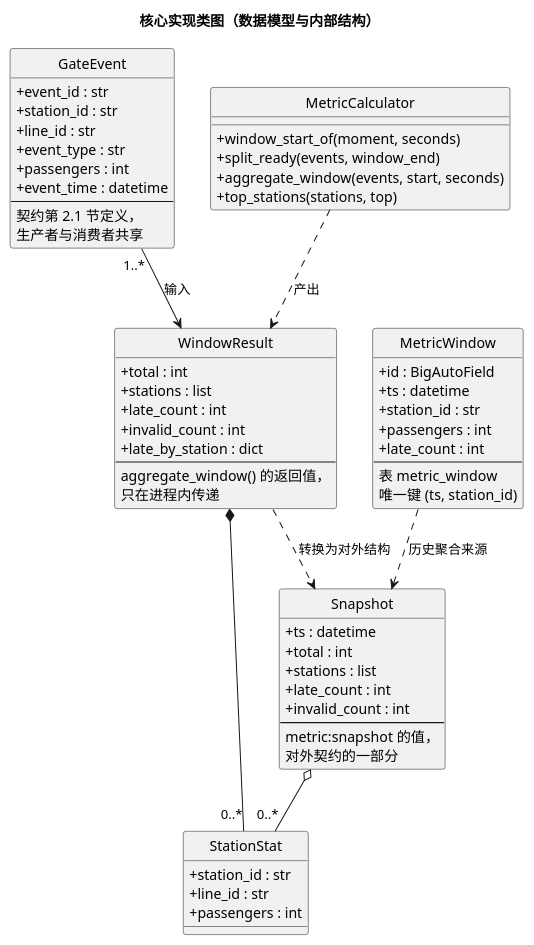
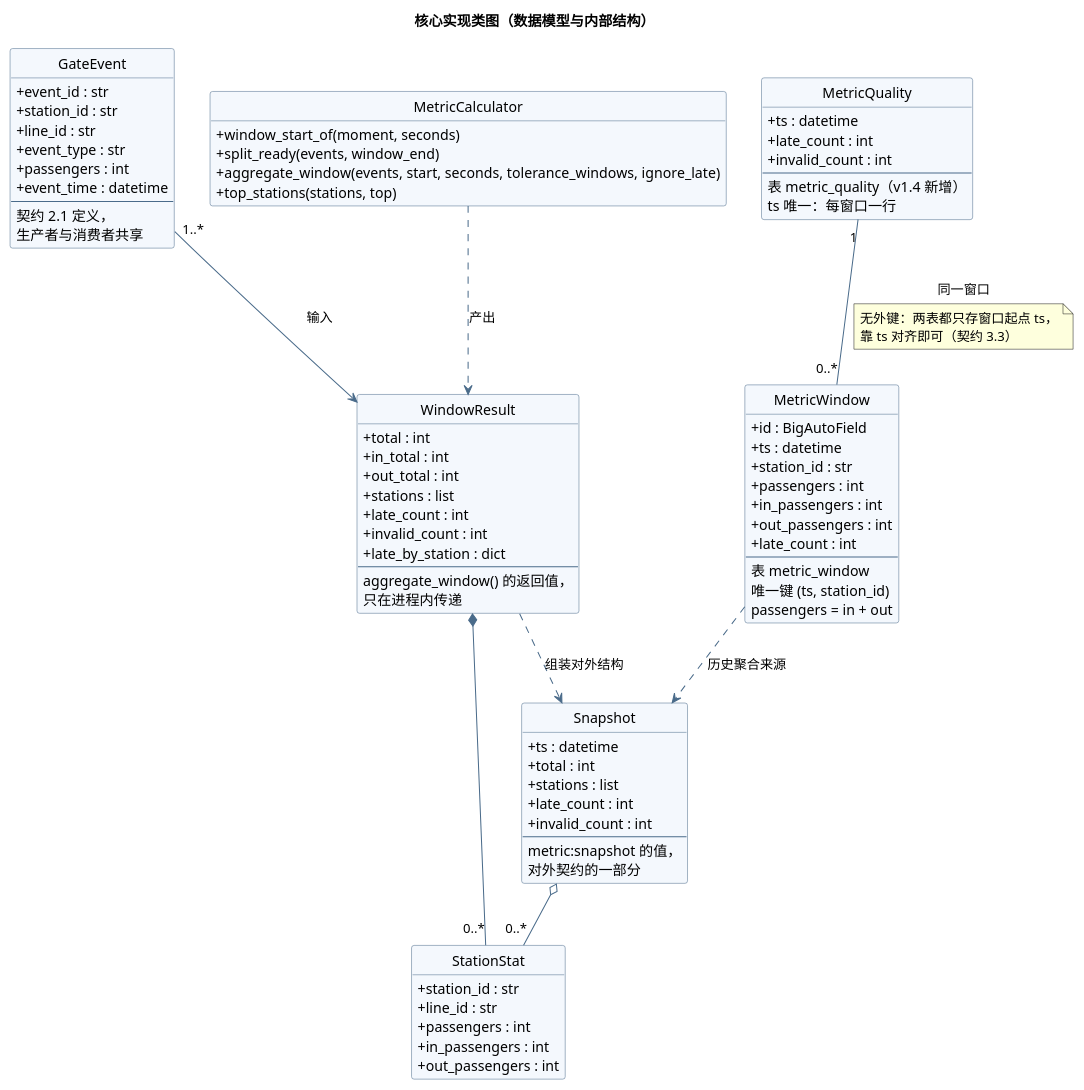
The diagram in docs/03-建模/10-类图.puml (Xuzhaopu04/metro-flow-dashboard), drawn with PlantUML before and after one commit. The commit also changed 7 other files, not shown here.

Commit message:
docs(建模): 更新类图并补包图、活动图

```diff
--- a/docs/03-建模/10-类图.puml
+++ b/docs/03-建模/10-类图.puml
@@ -1,76 +1,122 @@
 @startuml 10-类图
 ' =====================================================================
-' 产物：核心实现类图（数据模型 + 内部结构），对应报告第二章"数据建模"
-' 说明：本图出现数据库字段类型（BigAutoField）、表名、唯一键、函数返回值，
-'       属详细设计阶段的实现类图，不在《需求工程建模规范》的域模型范围内。
+' 产物：核心实现类图（数据模型 + 内部结构），对应报告第二章 2.2.1「用例实现」的
+'       表2-1 设计类清单与 3.1／3.2 数据库设计
+' 说明：本图出现数据库字段类型（BigAutoField）、表名、唯一键、函数返回值，属详细设计
+'       阶段的实现类图，不在《需求工程建模规范》的域模型范围内（§1 明确排除）。
 '       概念层（业务词汇与职责）看 14-域模型.puml，两者不要混用。
+'
+' 版本：v2（2026-11-24 按契约 v1.3／v1.4 同步）
+'   v1 的问题：MetricWindow 只有 ts / station_id / passengers / late_count 四列，
+'   缺 v1.3 新增的 in_passengers、out_passengers；v1.4 新增的 metric_quality 表
+'   没有对应类；WindowResult、StationStat 同样缺方向字段。若拿 v1 填表2-1、
+'   或与 3.2 的表2-3 字段清单对照，会当场自相矛盾。
+'   v2 改动：
+'     1. MetricWindow 补 in_passengers、out_passengers，并注明 passengers = in + out；
+'     2. 新增 MetricQuality（表 metric_quality，ts 唯一，每窗口一行）；
+'     3. WindowResult 补 in_total、out_total（aggregate_window 实际返回 7 个键）；
+'     4. StationStat 补 in_passengers、out_passengers（快照里每站带方向量）；
+'     5. MetricCalculator.aggregate_window 补两个形参 tolerance_windows、ignore_late。
+'
+' 字段口径一律以 docs/02-设计/接口契约.md 3.2、3.3 为准；改这张图先改契约。
+' 本图不画接口方法的入参校验（契约 4.2 的 400 分支），那属服务层行为，不是数据模型。
 ' =====================================================================
 title 核心实现类图（数据模型与内部结构）
+skinparam shadowing false
+skinparam defaultFontName "Microsoft YaHei"
 skinparam classAttributeIconSize 0
+skinparam ArrowColor #4A6B8A
+skinparam class {
+  BackgroundColor #F4F8FD
+  BorderColor #4A6B8A
+  ArrowColor #4A6B8A
+}
 hide circle
+hide empty members
 
 class GateEvent {
   + event_id : str
   + station_id : str
   + line_id : str
   + event_type : str
   + passengers : int
   + event_time : datetime
   --
-  契约第 2.1 节定义，
+  契约 2.1 定义，
   生产者与消费者共享
 }
 
 class WindowResult {
   + total : int
+  + in_total : int
+  + out_total : int
   + stations : list
   + late_count : int
   + invalid_count : int
   + late_by_station : dict
   --
   aggregate_window() 的返回值，
   只在进程内传递
 }
 
 class StationStat {
   + station_id : str
   + line_id : str
   + passengers : int
+  + in_passengers : int
+  + out_passengers : int
 }
 
 class MetricWindow {
   + id : BigAutoField
   + ts : datetime
   + station_id : str
   + passengers : int
+  + in_passengers : int
+  + out_passengers : int
   + late_count : int
   --
   表 metric_window
   唯一键 (ts, station_id)
+  passengers = in + out
+}
+
+class MetricQuality {
+  + ts : datetime
+  + late_count : int
+  + invalid_count : int
+  --
+  表 metric_quality（v1.4 新增）
+  ts 唯一：每窗口一行
 }
 
 class Snapshot {
   + ts : datetime
   + total : int
   + stations : list
   + late_count : int
   + invalid_count : int
   --
   metric:snapshot 的值，
   对外契约的一部分
 }
 
 class MetricCalculator {
   + window_start_of(moment, seconds)
   + split_ready(events, window_end)
-  + aggregate_window(events, start, seconds)
+  + aggregate_window(events, start, seconds, tolerance_windows, ignore_late)
   + top_stations(stations, top)
 }
 
 GateEvent "1..*" --> WindowResult : 输入
 WindowResult *-- "0..*" StationStat
-WindowResult ..> Snapshot : 转换为对外结构
+WindowResult ..> Snapshot : 组装对外结构
 Snapshot o-- "0..*" StationStat
 MetricWindow ..> Snapshot : 历史聚合来源
 MetricCalculator ..> WindowResult : 产出
+MetricQuality "1" -- "0..*" MetricWindow : 同一窗口
+note on link
+  无外键：两表都只存窗口起点 ts，
+  靠 ts 对齐即可（契约 3.3）
+end note
 @enduml
```
